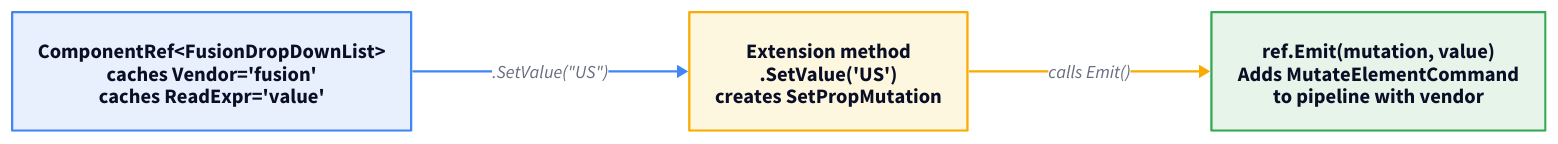
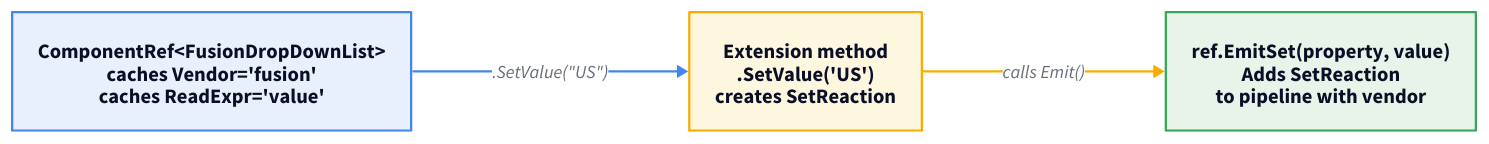
The second of 4 diagrams in docs-site/src/content/docs/architecture/the-builders.mdx (marafiq/alis-reactive), drawn with D2 before and after one commit. The commit also changed other lines of this file and 3 other files, not shown here.

Commit message:
docs: align builder architecture vocabulary

````diff
--- a/docs-site/src/content/docs/architecture/the-builders.mdx
+++ b/docs-site/src/content/docs/architecture/the-builders.mdx
@@ -99,29 +99,29 @@
 ```d2
 direction: right
 
 ref: "ComponentRef<FusionDropDownList>\ncaches Vendor='fusion'\ncaches ReadExpr='value'" {
   shape: rectangle
   style.fill: "#e8f0fe"
   style.stroke: "#4285f4"
   style.font-size: 18
 }
-ext: "Extension method\n.SetValue('US')\ncreates SetPropMutation" {
+ext: "Extension method\n.SetValue('US')\ncreates SetReaction" {
   shape: rectangle
   style.fill: "#fef7e0"
   style.stroke: "#f9ab00"
   style.font-size: 18
 }
-emit: "ref.Emit(mutation, value)\nAdds MutateElementCommand\nto pipeline with vendor" {
+emit: "ref.EmitSet(property, value)\nAdds SetReaction\nto pipeline with vendor" {
   shape: rectangle
   style.fill: "#e6f4ea"
   style.stroke: "#34a853"
   style.font-size: 18
 }
 
 ref -> ext: .SetValue("US") {
   style.stroke: "#4285f4"
 }
 ext -> emit: calls Emit() {
   style.stroke: "#f9ab00"
 }
 ```
````
